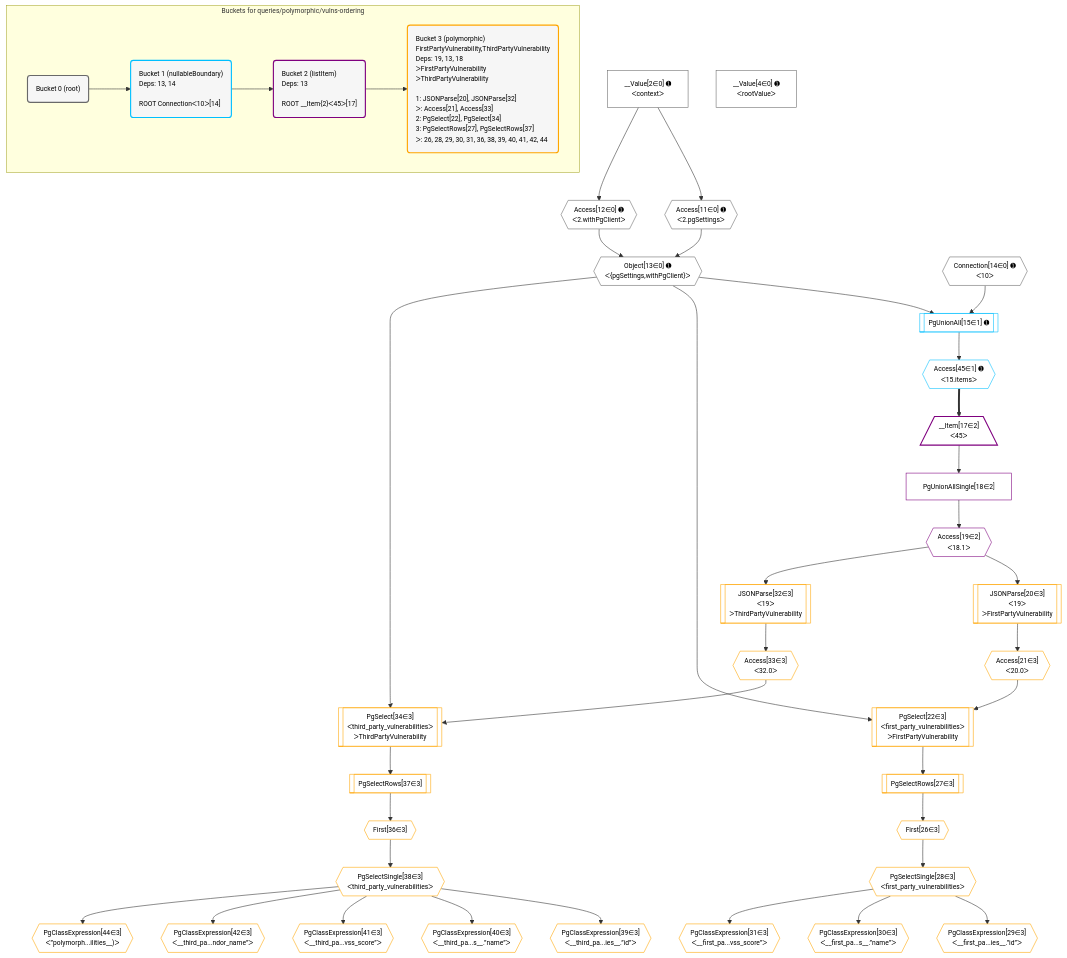
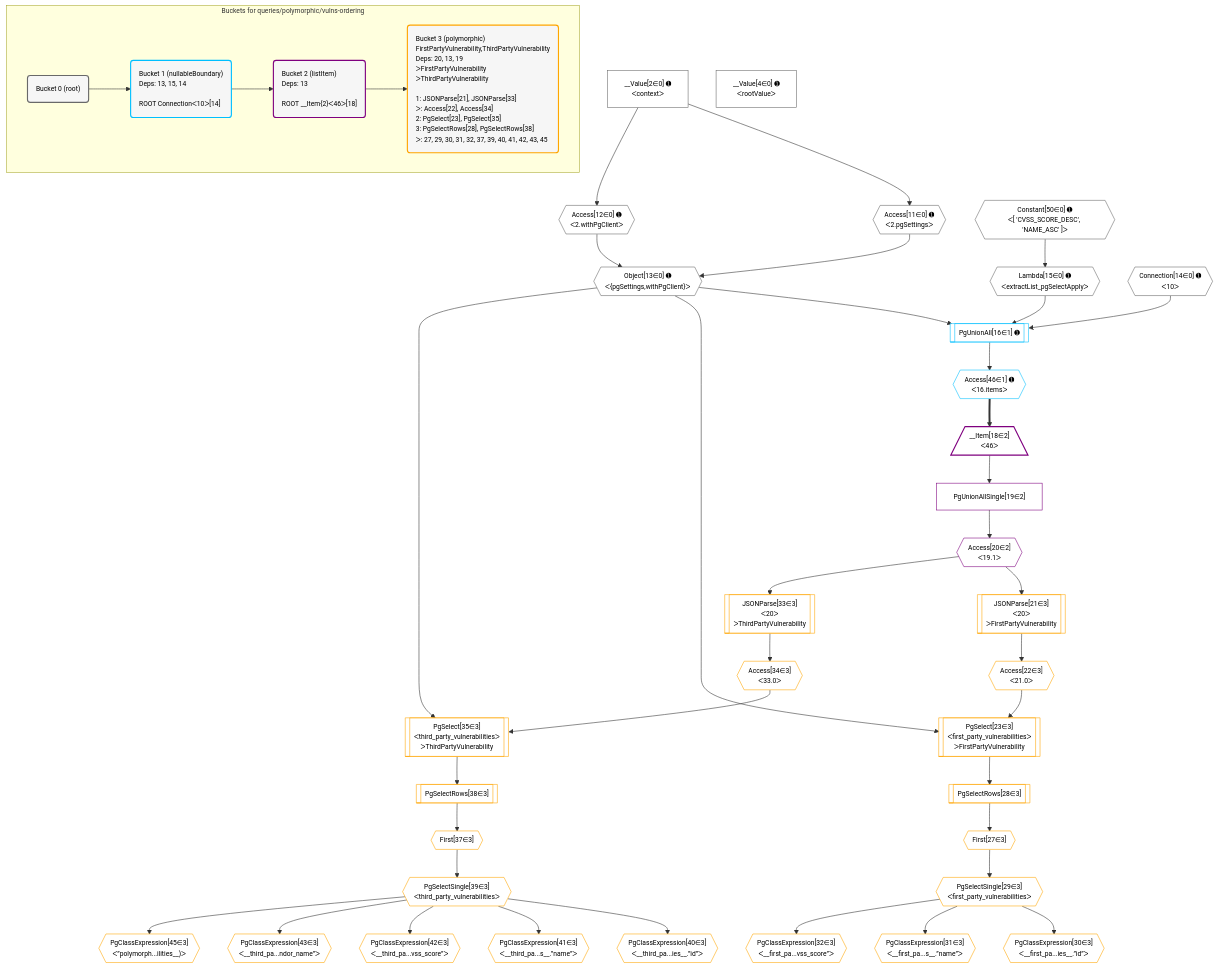
One commit to graphile/crystal changed the diagram in postgraphile/postgraphile/__tests__/queries/polymorphic/vulns-ordering.mermaid. Above: the diagram before and after it, drawn with Mermaid. The commit also changed 61 other files, not shown here.

```diff
--- a/postgraphile/postgraphile/__tests__/queries/polymorphic/vulns-ordering.mermaid
+++ b/postgraphile/postgraphile/__tests__/queries/polymorphic/vulns-ordering.mermaid
@@ -1,90 +1,93 @@
 %%{init: {'themeVariables': { 'fontSize': '12px'}}}%%
 graph TD
     classDef path fill:#eee,stroke:#000,color:#000
     classDef plan fill:#fff,stroke-width:1px,color:#000
     classDef itemplan fill:#fff,stroke-width:2px,color:#000
     classDef unbatchedplan fill:#dff,stroke-width:1px,color:#000
     classDef sideeffectplan fill:#fcc,stroke-width:2px,color:#000
     classDef bucket fill:#f6f6f6,color:#000,stroke-width:2px,text-align:left
 
 
     %% plan dependencies
     Object13{{"Object[13∈0] ➊<br />ᐸ{pgSettings,withPgClient}ᐳ"}}:::plan
     Access11{{"Access[11∈0] ➊<br />ᐸ2.pgSettingsᐳ"}}:::plan
     Access12{{"Access[12∈0] ➊<br />ᐸ2.withPgClientᐳ"}}:::plan
     Access11 & Access12 --> Object13
     __Value2["__Value[2∈0] ➊<br />ᐸcontextᐳ"]:::plan
     __Value2 --> Access11
     __Value2 --> Access12
+    Lambda15{{"Lambda[15∈0] ➊<br />ᐸextractList_pgSelectApplyᐳ"}}:::plan
+    Constant50{{"Constant[50∈0] ➊<br />ᐸ[ 'CVSS_SCORE_DESC', 'NAME_ASC' ]ᐳ"}}:::plan
+    Constant50 --> Lambda15
     __Value4["__Value[4∈0] ➊<br />ᐸrootValueᐳ"]:::plan
     Connection14{{"Connection[14∈0] ➊<br />ᐸ10ᐳ"}}:::plan
-    PgUnionAll15[["PgUnionAll[15∈1] ➊"]]:::plan
-    Object13 & Connection14 --> PgUnionAll15
-    Access45{{"Access[45∈1] ➊<br />ᐸ15.itemsᐳ"}}:::plan
-    PgUnionAll15 --> Access45
-    __Item17[/"__Item[17∈2]<br />ᐸ45ᐳ"\]:::itemplan
-    Access45 ==> __Item17
-    PgUnionAllSingle18["PgUnionAllSingle[18∈2]"]:::plan
-    __Item17 --> PgUnionAllSingle18
-    Access19{{"Access[19∈2]<br />ᐸ18.1ᐳ"}}:::plan
-    PgUnionAllSingle18 --> Access19
-    PgSelect22[["PgSelect[22∈3]<br />ᐸfirst_party_vulnerabilitiesᐳ<br />ᐳFirstPartyVulnerability"]]:::plan
-    Access21{{"Access[21∈3]<br />ᐸ20.0ᐳ"}}:::plan
-    Object13 & Access21 --> PgSelect22
-    PgSelect34[["PgSelect[34∈3]<br />ᐸthird_party_vulnerabilitiesᐳ<br />ᐳThirdPartyVulnerability"]]:::plan
-    Access33{{"Access[33∈3]<br />ᐸ32.0ᐳ"}}:::plan
-    Object13 & Access33 --> PgSelect34
-    JSONParse20[["JSONParse[20∈3]<br />ᐸ19ᐳ<br />ᐳFirstPartyVulnerability"]]:::plan
-    Access19 --> JSONParse20
-    JSONParse20 --> Access21
-    First26{{"First[26∈3]"}}:::plan
-    PgSelectRows27[["PgSelectRows[27∈3]"]]:::plan
-    PgSelectRows27 --> First26
-    PgSelect22 --> PgSelectRows27
-    PgSelectSingle28{{"PgSelectSingle[28∈3]<br />ᐸfirst_party_vulnerabilitiesᐳ"}}:::plan
-    First26 --> PgSelectSingle28
-    PgClassExpression29{{"PgClassExpression[29∈3]<br />ᐸ__first_pa...ies__.”id”ᐳ"}}:::plan
-    PgSelectSingle28 --> PgClassExpression29
-    PgClassExpression30{{"PgClassExpression[30∈3]<br />ᐸ__first_pa...s__.”name”ᐳ"}}:::plan
-    PgSelectSingle28 --> PgClassExpression30
-    PgClassExpression31{{"PgClassExpression[31∈3]<br />ᐸ__first_pa...vss_score”ᐳ"}}:::plan
-    PgSelectSingle28 --> PgClassExpression31
-    JSONParse32[["JSONParse[32∈3]<br />ᐸ19ᐳ<br />ᐳThirdPartyVulnerability"]]:::plan
-    Access19 --> JSONParse32
-    JSONParse32 --> Access33
-    First36{{"First[36∈3]"}}:::plan
-    PgSelectRows37[["PgSelectRows[37∈3]"]]:::plan
-    PgSelectRows37 --> First36
-    PgSelect34 --> PgSelectRows37
-    PgSelectSingle38{{"PgSelectSingle[38∈3]<br />ᐸthird_party_vulnerabilitiesᐳ"}}:::plan
-    First36 --> PgSelectSingle38
-    PgClassExpression39{{"PgClassExpression[39∈3]<br />ᐸ__third_pa...ies__.”id”ᐳ"}}:::plan
-    PgSelectSingle38 --> PgClassExpression39
-    PgClassExpression40{{"PgClassExpression[40∈3]<br />ᐸ__third_pa...s__.”name”ᐳ"}}:::plan
-    PgSelectSingle38 --> PgClassExpression40
-    PgClassExpression41{{"PgClassExpression[41∈3]<br />ᐸ__third_pa...vss_score”ᐳ"}}:::plan
-    PgSelectSingle38 --> PgClassExpression41
-    PgClassExpression42{{"PgClassExpression[42∈3]<br />ᐸ__third_pa...ndor_name”ᐳ"}}:::plan
-    PgSelectSingle38 --> PgClassExpression42
-    PgClassExpression44{{"PgClassExpression[44∈3]<br />ᐸ”polymorph...ilities__)ᐳ"}}:::plan
-    PgSelectSingle38 --> PgClassExpression44
+    PgUnionAll16[["PgUnionAll[16∈1] ➊"]]:::plan
+    Object13 & Lambda15 & Connection14 --> PgUnionAll16
+    Access46{{"Access[46∈1] ➊<br />ᐸ16.itemsᐳ"}}:::plan
+    PgUnionAll16 --> Access46
+    __Item18[/"__Item[18∈2]<br />ᐸ46ᐳ"\]:::itemplan
+    Access46 ==> __Item18
+    PgUnionAllSingle19["PgUnionAllSingle[19∈2]"]:::plan
+    __Item18 --> PgUnionAllSingle19
+    Access20{{"Access[20∈2]<br />ᐸ19.1ᐳ"}}:::plan
+    PgUnionAllSingle19 --> Access20
+    PgSelect23[["PgSelect[23∈3]<br />ᐸfirst_party_vulnerabilitiesᐳ<br />ᐳFirstPartyVulnerability"]]:::plan
+    Access22{{"Access[22∈3]<br />ᐸ21.0ᐳ"}}:::plan
+    Object13 & Access22 --> PgSelect23
+    PgSelect35[["PgSelect[35∈3]<br />ᐸthird_party_vulnerabilitiesᐳ<br />ᐳThirdPartyVulnerability"]]:::plan
+    Access34{{"Access[34∈3]<br />ᐸ33.0ᐳ"}}:::plan
+    Object13 & Access34 --> PgSelect35
+    JSONParse21[["JSONParse[21∈3]<br />ᐸ20ᐳ<br />ᐳFirstPartyVulnerability"]]:::plan
+    Access20 --> JSONParse21
+    JSONParse21 --> Access22
+    First27{{"First[27∈3]"}}:::plan
+    PgSelectRows28[["PgSelectRows[28∈3]"]]:::plan
+    PgSelectRows28 --> First27
+    PgSelect23 --> PgSelectRows28
+    PgSelectSingle29{{"PgSelectSingle[29∈3]<br />ᐸfirst_party_vulnerabilitiesᐳ"}}:::plan
+    First27 --> PgSelectSingle29
+    PgClassExpression30{{"PgClassExpression[30∈3]<br />ᐸ__first_pa...ies__.”id”ᐳ"}}:::plan
+    PgSelectSingle29 --> PgClassExpression30
+    PgClassExpression31{{"PgClassExpression[31∈3]<br />ᐸ__first_pa...s__.”name”ᐳ"}}:::plan
+    PgSelectSingle29 --> PgClassExpression31
+    PgClassExpression32{{"PgClassExpression[32∈3]<br />ᐸ__first_pa...vss_score”ᐳ"}}:::plan
+    PgSelectSingle29 --> PgClassExpression32
+    JSONParse33[["JSONParse[33∈3]<br />ᐸ20ᐳ<br />ᐳThirdPartyVulnerability"]]:::plan
+    Access20 --> JSONParse33
+    JSONParse33 --> Access34
+    First37{{"First[37∈3]"}}:::plan
+    PgSelectRows38[["PgSelectRows[38∈3]"]]:::plan
+    PgSelectRows38 --> First37
+    PgSelect35 --> PgSelectRows38
+    PgSelectSingle39{{"PgSelectSingle[39∈3]<br />ᐸthird_party_vulnerabilitiesᐳ"}}:::plan
+    First37 --> PgSelectSingle39
+    PgClassExpression40{{"PgClassExpression[40∈3]<br />ᐸ__third_pa...ies__.”id”ᐳ"}}:::plan
+    PgSelectSingle39 --> PgClassExpression40
+    PgClassExpression41{{"PgClassExpression[41∈3]<br />ᐸ__third_pa...s__.”name”ᐳ"}}:::plan
+    PgSelectSingle39 --> PgClassExpression41
+    PgClassExpression42{{"PgClassExpression[42∈3]<br />ᐸ__third_pa...vss_score”ᐳ"}}:::plan
+    PgSelectSingle39 --> PgClassExpression42
+    PgClassExpression43{{"PgClassExpression[43∈3]<br />ᐸ__third_pa...ndor_name”ᐳ"}}:::plan
+    PgSelectSingle39 --> PgClassExpression43
+    PgClassExpression45{{"PgClassExpression[45∈3]<br />ᐸ”polymorph...ilities__)ᐳ"}}:::plan
+    PgSelectSingle39 --> PgClassExpression45
 
     %% define steps
 
     subgraph "Buckets for queries/polymorphic/vulns-ordering"
     Bucket0("Bucket 0 (root)"):::bucket
     classDef bucket0 stroke:#696969
-    class Bucket0,__Value2,__Value4,Access11,Access12,Object13,Connection14 bucket0
-    Bucket1("Bucket 1 (nullableBoundary)<br />Deps: 13, 14<br /><br />ROOT Connectionᐸ10ᐳ[14]"):::bucket
+    class Bucket0,__Value2,__Value4,Access11,Access12,Object13,Connection14,Lambda15,Constant50 bucket0
+    Bucket1("Bucket 1 (nullableBoundary)<br />Deps: 13, 15, 14<br /><br />ROOT Connectionᐸ10ᐳ[14]"):::bucket
     classDef bucket1 stroke:#00bfff
-    class Bucket1,PgUnionAll15,Access45 bucket1
-    Bucket2("Bucket 2 (listItem)<br />Deps: 13<br /><br />ROOT __Item{2}ᐸ45ᐳ[17]"):::bucket
+    class Bucket1,PgUnionAll16,Access46 bucket1
+    Bucket2("Bucket 2 (listItem)<br />Deps: 13<br /><br />ROOT __Item{2}ᐸ46ᐳ[18]"):::bucket
     classDef bucket2 stroke:#7f007f
-    class Bucket2,__Item17,PgUnionAllSingle18,Access19 bucket2
-    Bucket3("Bucket 3 (polymorphic)<br />FirstPartyVulnerability,ThirdPartyVulnerability<br />Deps: 19, 13, 18<br />ᐳFirstPartyVulnerability<br />ᐳThirdPartyVulnerability<br /><br />1: JSONParse[20], JSONParse[32]<br />ᐳ: Access[21], Access[33]<br />2: PgSelect[22], PgSelect[34]<br />3: PgSelectRows[27], PgSelectRows[37]<br />ᐳ: 26, 28, 29, 30, 31, 36, 38, 39, 40, 41, 42, 44"):::bucket
+    class Bucket2,__Item18,PgUnionAllSingle19,Access20 bucket2
+    Bucket3("Bucket 3 (polymorphic)<br />FirstPartyVulnerability,ThirdPartyVulnerability<br />Deps: 20, 13, 19<br />ᐳFirstPartyVulnerability<br />ᐳThirdPartyVulnerability<br /><br />1: JSONParse[21], JSONParse[33]<br />ᐳ: Access[22], Access[34]<br />2: PgSelect[23], PgSelect[35]<br />3: PgSelectRows[28], PgSelectRows[38]<br />ᐳ: 27, 29, 30, 31, 32, 37, 39, 40, 41, 42, 43, 45"):::bucket
     classDef bucket3 stroke:#ffa500
-    class Bucket3,JSONParse20,Access21,PgSelect22,First26,PgSelectRows27,PgSelectSingle28,PgClassExpression29,PgClassExpression30,PgClassExpression31,JSONParse32,Access33,PgSelect34,First36,PgSelectRows37,PgSelectSingle38,PgClassExpression39,PgClassExpression40,PgClassExpression41,PgClassExpression42,PgClassExpression44 bucket3
+    class Bucket3,JSONParse21,Access22,PgSelect23,First27,PgSelectRows28,PgSelectSingle29,PgClassExpression30,PgClassExpression31,PgClassExpression32,JSONParse33,Access34,PgSelect35,First37,PgSelectRows38,PgSelectSingle39,PgClassExpression40,PgClassExpression41,PgClassExpression42,PgClassExpression43,PgClassExpression45 bucket3
     Bucket0 --> Bucket1
     Bucket1 --> Bucket2
     Bucket2 --> Bucket3
     end
```
